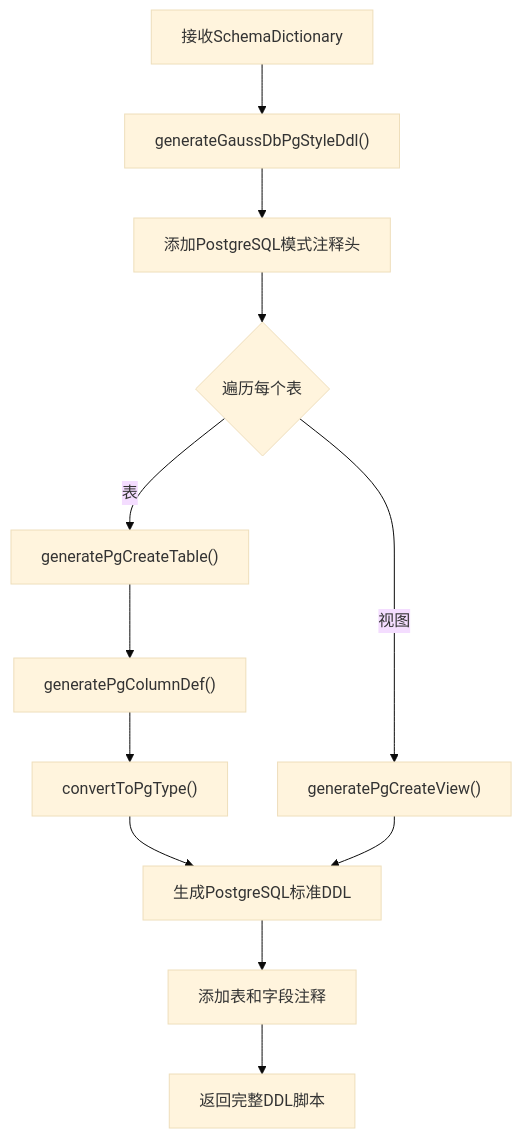
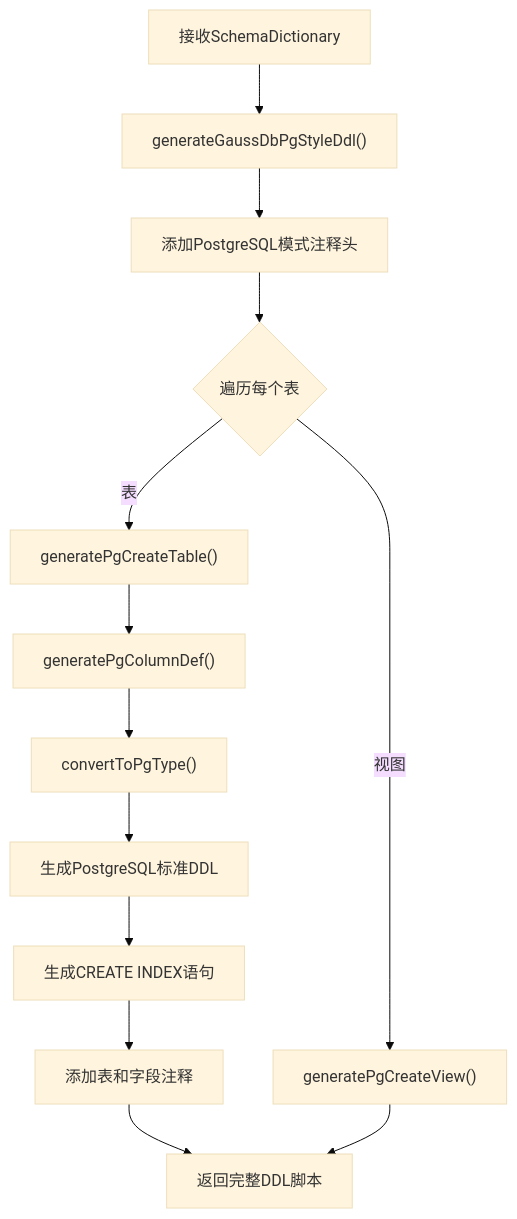
Before and after one commit to SamLing-Why/SchemaSync: the seventh of 12 diagrams in .qoder/repowiki/zh/content/数据库适配器/数据库适配器实现/GaussDB适配器实现.md, drawn with Mermaid (base theme). The commit also changed other lines of this file and 38 other files, not shown here.

````diff
--- a/.qoder/repowiki/zh/content/数据库适配器/数据库适配器实现/GaussDB适配器实现.md
+++ b/.qoder/repowiki/zh/content/数据库适配器/数据库适配器实现/GaussDB适配器实现.md
@@ -407,14 +410,15 @@
 ```mermaid
 flowchart TD
 A["接收SchemaDictionary"] --> B["generateGaussDbPgStyleDdl()"]
 B --> C["添加PostgreSQL模式注释头"]
 C --> D{"遍历每个表"}
 D --> |表| E["generatePgCreateTable()"]
 D --> |视图| F["generatePgCreateView()"]
 E --> G["generatePgColumnDef()"]
 G --> H["convertToPgType()"]
 H --> I["生成PostgreSQL标准DDL"]
-F --> I
-I --> J["添加表和字段注释"]
-J --> K["返回完整DDL脚本"]
+I --> J["生成CREATE INDEX语句"]
+J --> K["添加表和字段注释"]
+K --> L["返回完整DDL脚本"]
+F --> L
 ```
````
